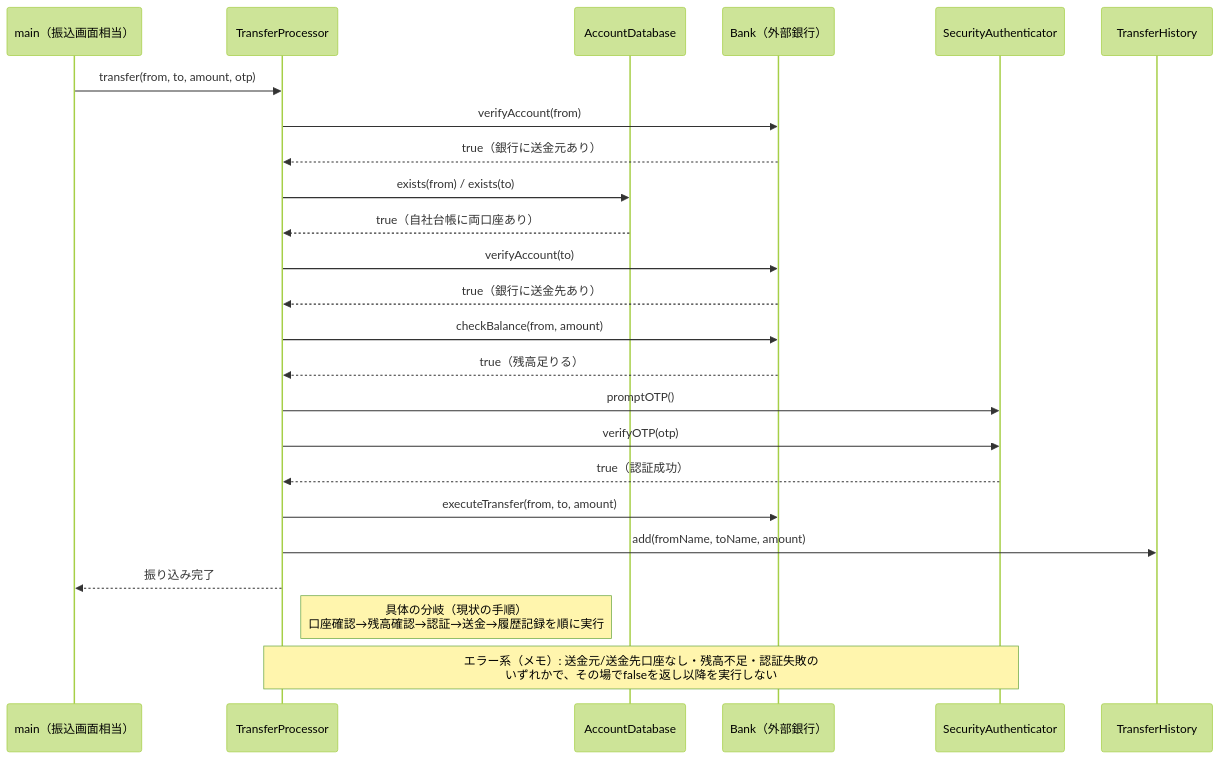
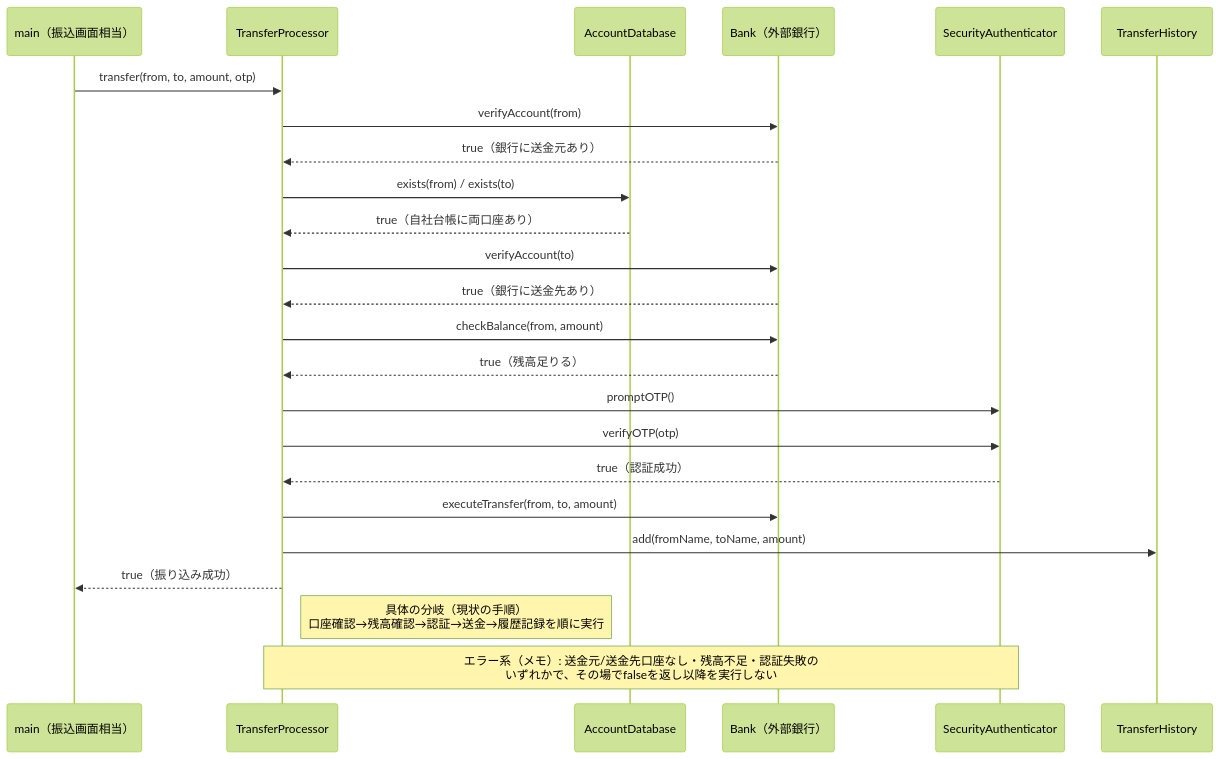
The fourth of 17 diagrams in kindle/design-patterns/output/chapter02.md (kumachan1101-pixel/DesignPattern), drawn with Mermaid (forest theme) before and after one commit. The commit also changed other lines of this file and 28 other files, not shown here.

Commit message:
docs: simplify phase 6 design flow

````diff
--- a/kindle/design-patterns/output/chapter02.md
+++ b/kindle/design-patterns/output/chapter02.md
@@ -349,26 +347,26 @@
 ```mermaid
 sequenceDiagram
     participant Main as main（振込画面相当）
     participant TP as TransferProcessor
     participant DB as AccountDatabase
     participant Bank as Bank（外部銀行）
     participant Auth as SecurityAuthenticator
     participant Hist as TransferHistory
     Main->>TP: transfer(from, to, amount, otp)
     TP->>Bank: verifyAccount(from)
     Bank-->>TP: true（銀行に送金元あり）
     TP->>DB: exists(from) / exists(to)
     DB-->>TP: true（自社台帳に両口座あり）
     TP->>Bank: verifyAccount(to)
     Bank-->>TP: true（銀行に送金先あり）
     TP->>Bank: checkBalance(from, amount)
     Bank-->>TP: true（残高足りる）
     TP->>Auth: promptOTP()
     TP->>Auth: verifyOTP(otp)
     Auth-->>TP: true（認証成功）
     TP->>Bank: executeTransfer(from, to, amount)
     TP->>Hist: add(fromName, toName, amount)
-    TP-->>Main: 振り込み完了
+    TP-->>Main: true（振り込み成功）
     Note right of TP: 具体の分岐（現状の手順）<br>口座確認→残高確認→認証→送金→履歴記録を順に実行
     Note over TP,Auth: エラー系（メモ）: 送金元/送金先口座なし・残高不足・認証失敗の<br>いずれかで、その場でfalseを返し以降を実行しない
 ```
````
